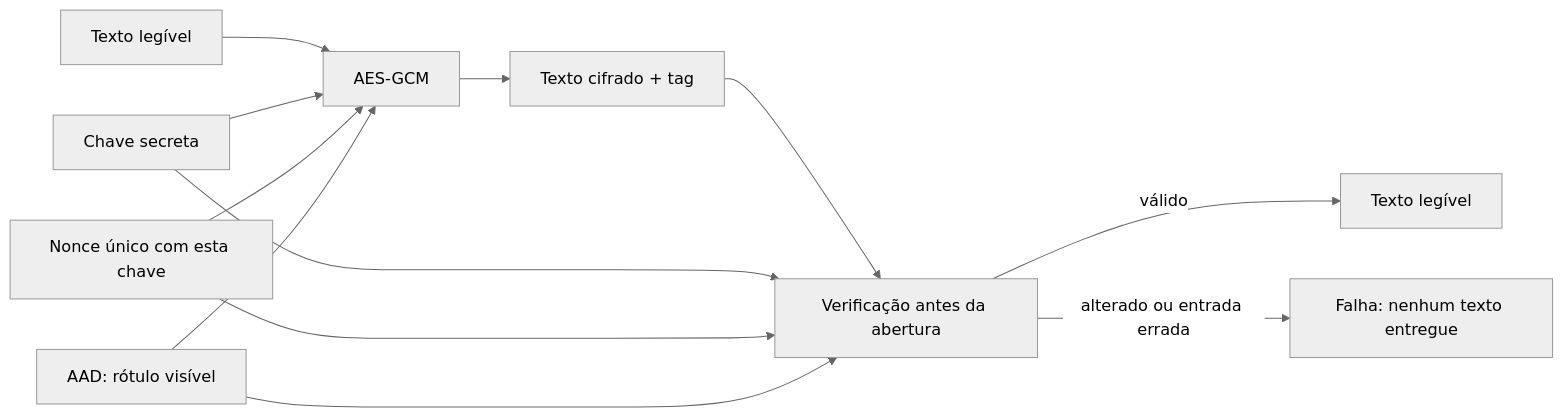
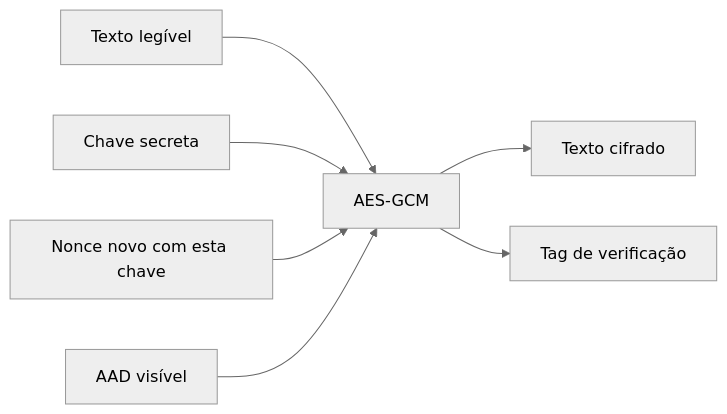
The fourth of 5 diagrams in docs/aulas/A14-cifra-simetrica-autenticada.md (rafaelrezo/seguranca-digital), drawn with Mermaid (neutral theme) before and after one commit. The commit also changed other lines of this file and 4 other files, not shown here.

````diff
--- a/docs/aulas/A14-cifra-simetrica-autenticada.md
+++ b/docs/aulas/A14-cifra-simetrica-autenticada.md
@@ -266,14 +180,9 @@
 ```mermaid
 flowchart LR
-    P[Texto legível] --> C[AES-GCM]
-    K[Chave secreta] --> C
-    N[Nonce único com esta chave] --> C
-    A[AAD: rótulo visível] --> C
-    C --> O[Texto cifrado + tag]
-    O --> V[Verificação antes da abertura]
-    K --> V
-    N --> V
-    A --> V
-    V -->|válido| R[Texto legível]
-    V -->|alterado ou entrada errada| F[Falha: nenhum texto entregue]
+    P[Texto legível] --> G[AES-GCM]
+    K[Chave secreta] --> G
+    N[Nonce novo com esta chave] --> G
+    A[AAD visível] --> G
+    G --> C[Texto cifrado]
+    G --> T[Tag de verificação]
 ```
````
